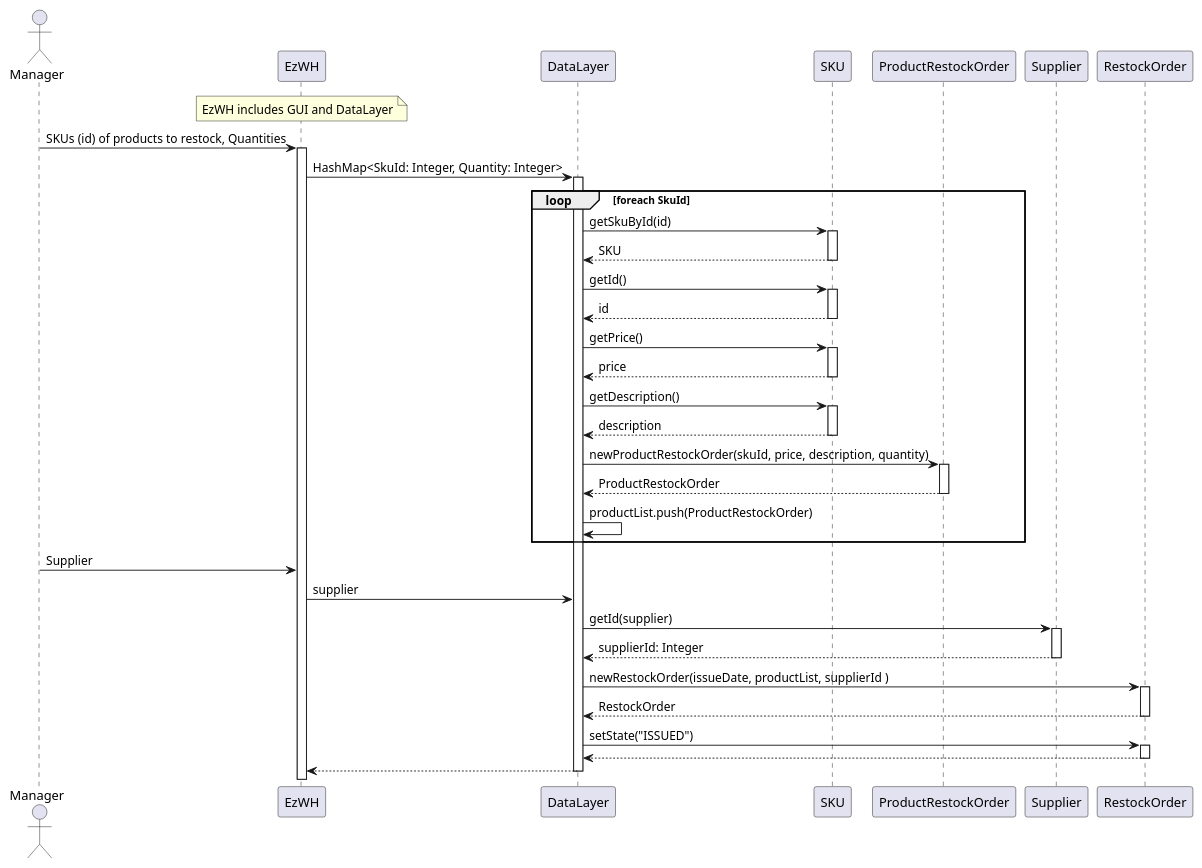
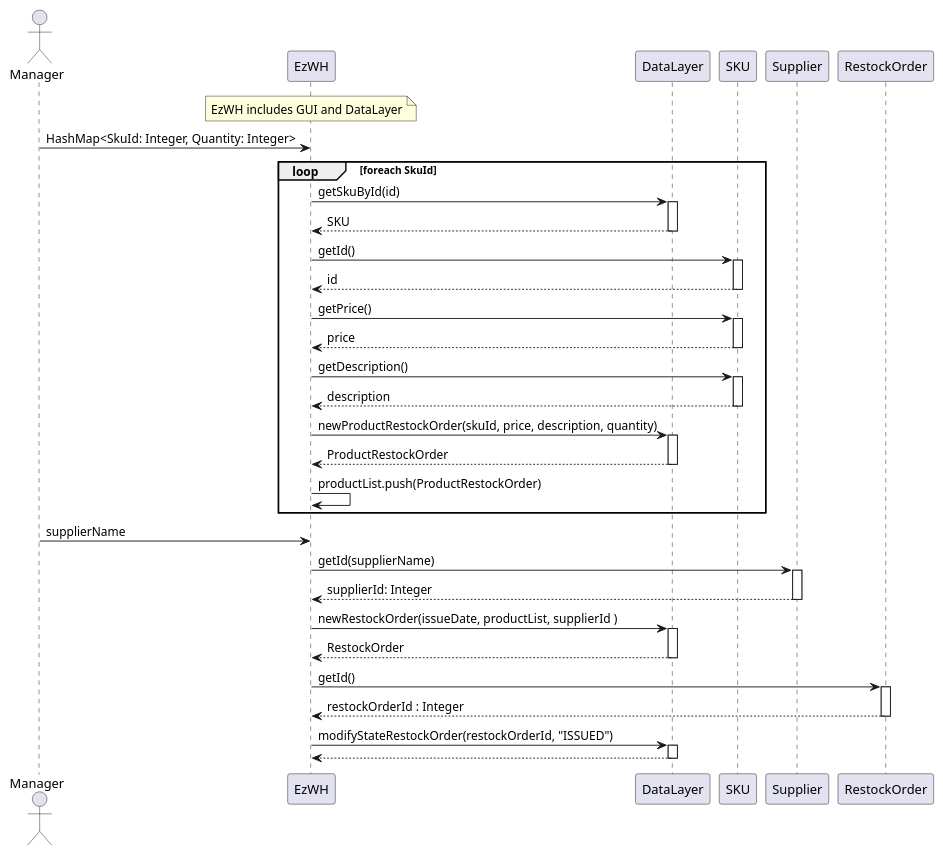
One commit to LucaFilippetti99/EzWh---Software-engineering-project changed the third of 6 diagrams in DesignDocument.md. Above: the diagram before and after it, drawn with PlantUML.

Commit message:
Fixed Scenario 3-1 sequence diagram

````diff
--- a/DesignDocument.md
+++ b/DesignDocument.md
@@ -106,52 +106,51 @@
 ```plantuml
 
 actor Manager
 note over EzWH : EzWH includes GUI and DataLayer
-Manager -> EzWH : SKUs (id) of products to restock, Quantities
-
-activate EzWH
-EzWH -> DataLayer : HashMap<SkuId: Integer, Quantity: Integer>
-activate DataLayer
+Manager -> EzWH : HashMap<SkuId: Integer, Quantity: Integer>
 
 loop foreach SkuId
-  DataLayer -> SKU : getSkuById(id)
-  activate SKU
+  EzWH -> DataLayer : getSkuById(id)
+  activate DataLayer
   return SKU
 
-  DataLayer -> SKU : getId()
+  EzWH -> SKU : getId()
   activate SKU
   return id
 
-  DataLayer -> SKU : getPrice()
+  EzWH -> SKU : getPrice()
   activate SKU
   return price
 
-  DataLayer -> SKU : getDescription()
+  EzWH -> SKU : getDescription()
   activate SKU
   return description
 
-  DataLayer -> ProductRestockOrder : newProductRestockOrder(skuId, price, description, quantity)
-  activate ProductRestockOrder
+  EzWH -> DataLayer : newProductRestockOrder(skuId, price, description, quantity)
+  activate DataLayer
   return ProductRestockOrder
 
-  DataLayer -> DataLayer : productList.push(ProductRestockOrder)
+  EzWH -> EzWH : productList.push(ProductRestockOrder)
 
   end
 
-Manager -> EzWH : Supplier
+Manager -> EzWH : supplierName
 
-EzWH -> DataLayer : supplier
-DataLayer -> Supplier : getId(supplier)
+EzWH -> Supplier : getId(supplierName)
 activate Supplier
 return supplierId: Integer
 
-DataLayer -> RestockOrder : newRestockOrder(issueDate, productList, supplierId )
-activate RestockOrder
+EzWH -> DataLayer : newRestockOrder(issueDate, productList, supplierId )
+activate DataLayer
 return RestockOrder
 
-DataLayer -> RestockOrder : setState("ISSUED")
+EzWH -> RestockOrder : getId()
 activate RestockOrder
+return restockOrderId : Integer
+
+EzWH -> DataLayer : modifyStateRestockOrder(restockOrderId, "ISSUED")
+activate DataLayer
 return
 
-return
+
 ```
````
